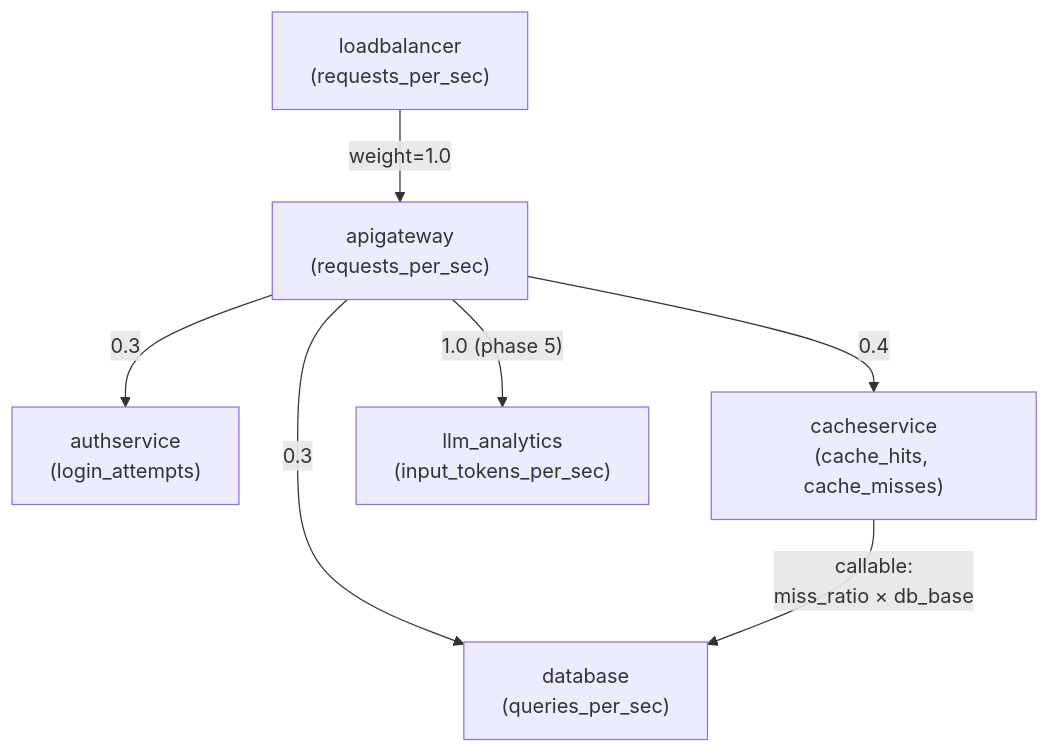
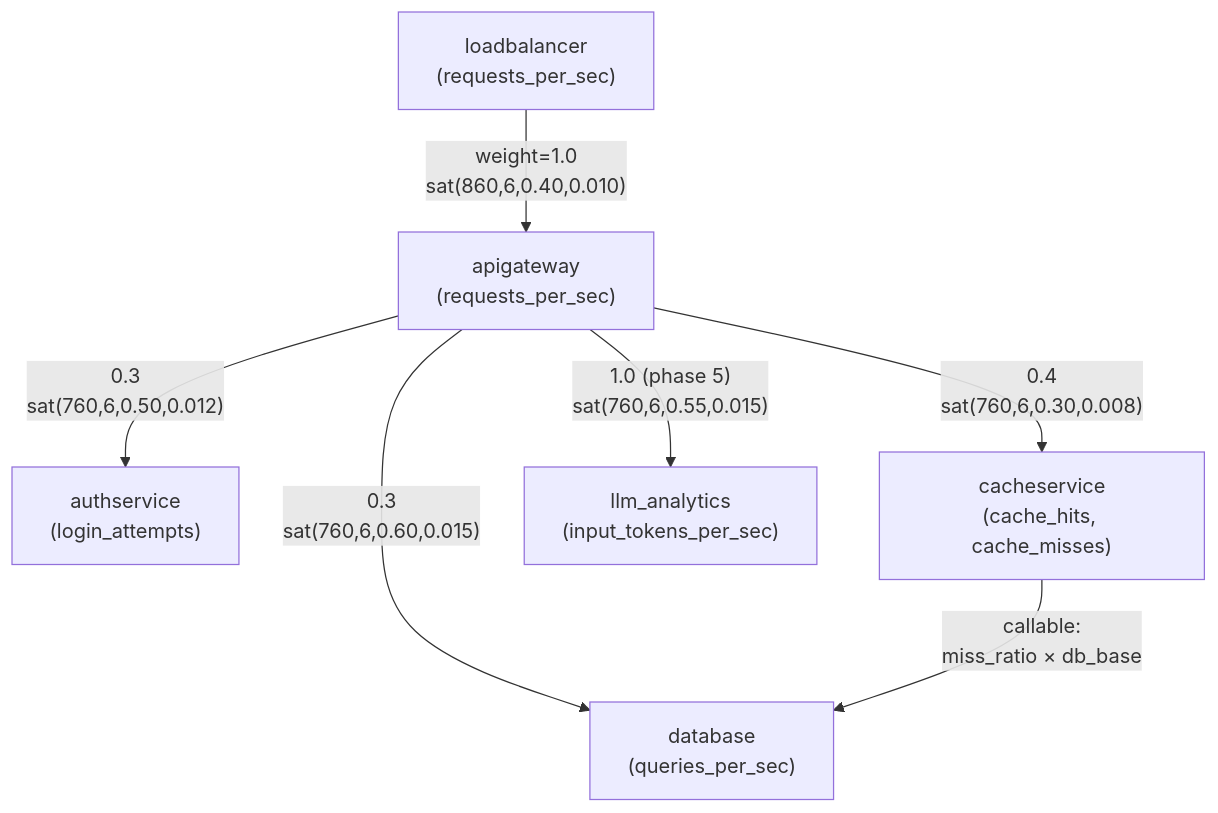
The first of 2 diagrams in docs/topology.md (platypeeps/anomaly-metric-creator), drawn with Mermaid before and after one commit. The commit also changed other lines of this file and 1 other file, not shown here.

````diff
--- a/docs/topology.md
+++ b/docs/topology.md
@@ -20,16 +20,16 @@
 ```mermaid
 flowchart TD
     lb["loadbalancer<br/>(requests_per_sec)"]
     api["apigateway<br/>(requests_per_sec)"]
     auth["authservice<br/>(login_attempts)"]
     cache["cacheservice<br/>(cache_hits, cache_misses)"]
     db["database<br/>(queries_per_sec)"]
     llm["llm_analytics<br/>(input_tokens_per_sec)"]
 
-    lb -- "weight=1.0" --> api
-    api -- "0.3" --> auth
-    api -- "0.4" --> cache
-    api -- "0.3" --> db
-    api -- "1.0 (phase 5)" --> llm
+    lb -- "weight=1.0<br/>sat(860,6,0.40,0.010)" --> api
+    api -- "0.3<br/>sat(760,6,0.50,0.012)" --> auth
+    api -- "0.4<br/>sat(760,6,0.30,0.008)" --> cache
+    api -- "0.3<br/>sat(760,6,0.60,0.015)" --> db
+    api -- "1.0 (phase 5)<br/>sat(760,6,0.55,0.015)" --> llm
     cache -- "callable:<br/>miss_ratio × db_base" --> db
 ```
````
